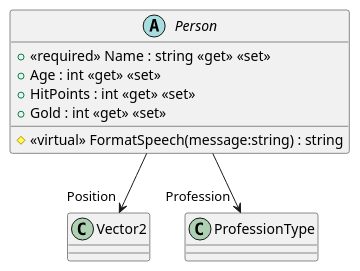
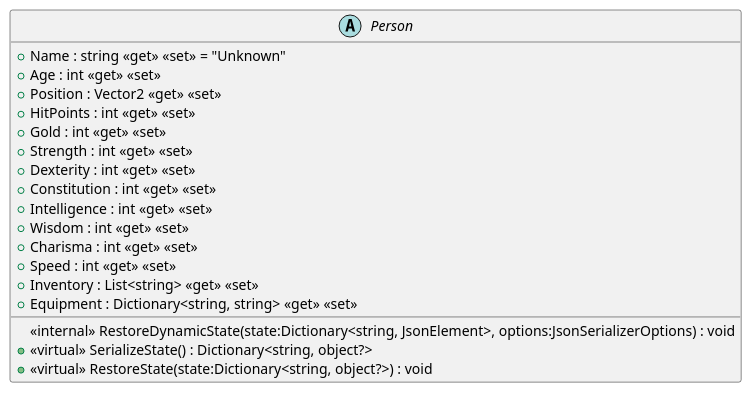
One commit to Beans69584/rpg changed the diagram in RPG/puml_export/src/Core/Player/Person.puml. Above: the diagram before and after it, drawn with PlantUML. The commit also changed 107 other files, not shown here.

```diff
--- a/RPG/puml_export/src/Core/Player/Person.puml
+++ b/RPG/puml_export/src/Core/Player/Person.puml
@@ -1,11 +1,21 @@
 @startuml
 abstract class Person {
-    + <<required>> Name : string <<get>> <<set>>
+    + Name : string <<get>> <<set>> = "Unknown"
     + Age : int <<get>> <<set>>
+    + Position : Vector2 <<get>> <<set>>
     + HitPoints : int <<get>> <<set>>
     + Gold : int <<get>> <<set>>
-    # <<virtual>> FormatSpeech(message:string) : string
+    + Strength : int <<get>> <<set>>
+    + Dexterity : int <<get>> <<set>>
+    + Constitution : int <<get>> <<set>>
+    + Intelligence : int <<get>> <<set>>
+    + Wisdom : int <<get>> <<set>>
+    + Charisma : int <<get>> <<set>>
+    + Speed : int <<get>> <<set>>
+    + Inventory : List<string> <<get>> <<set>>
+    + Equipment : Dictionary<string, string> <<get>> <<set>>
+    <<internal>> RestoreDynamicState(state:Dictionary<string, JsonElement>, options:JsonSerializerOptions) : void
+    + <<virtual>> SerializeState() : Dictionary<string, object?>
+    + <<virtual>> RestoreState(state:Dictionary<string, object?>) : void
 }
-Person --> "Position" Vector2
-Person --> "Profession" ProfessionType
 @enduml
```
